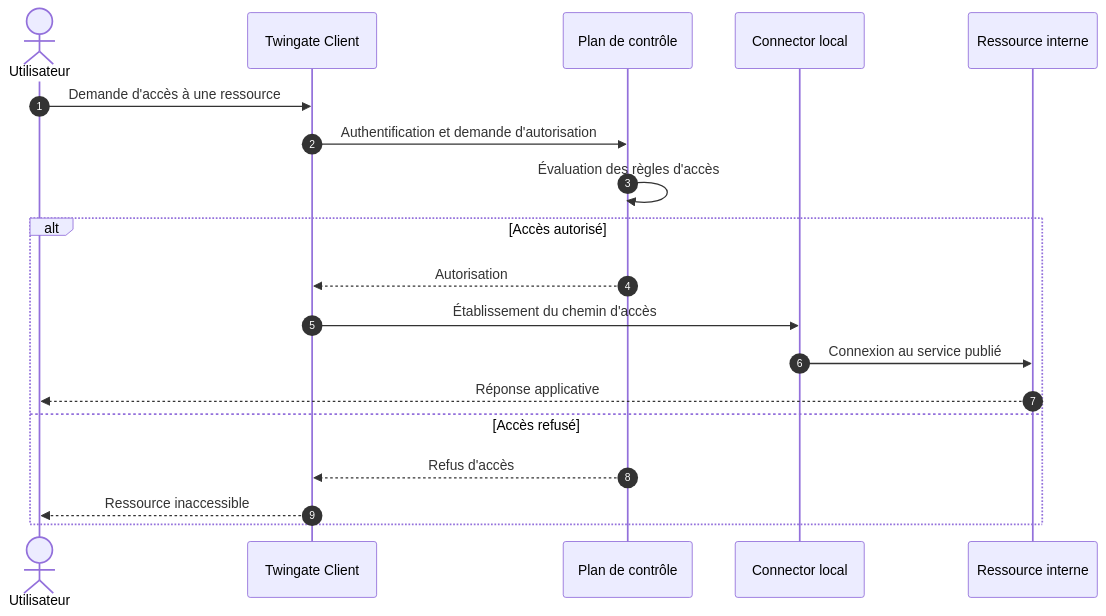
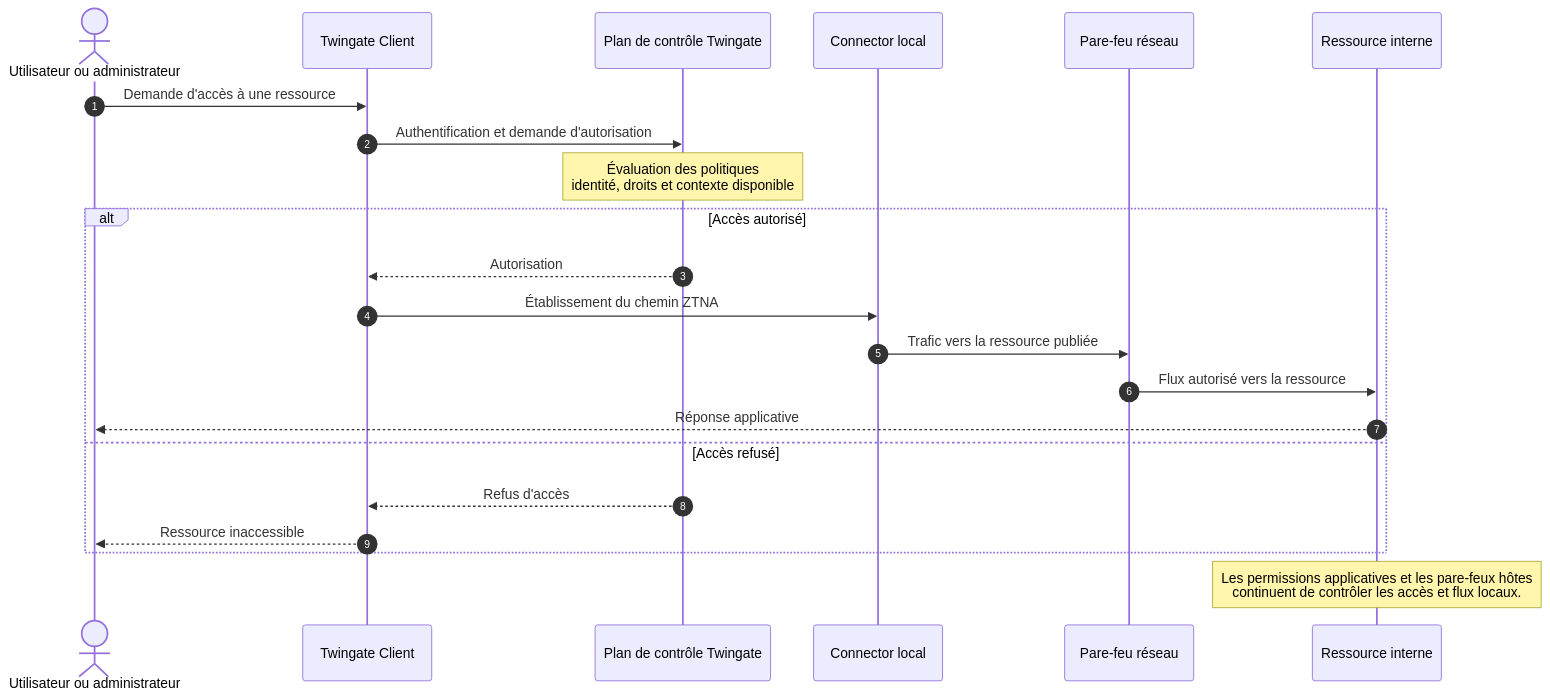
One commit to Chanc-111/Chanc-111 changed the diagram in projects/01-zero-trust-architecture/diagrams/03-ztna-access-flow.mmd. Above: the diagram before and after it, drawn with Mermaid.

Commit message:
Correct ZTNA access flow diagram

```diff
--- a/projects/01-zero-trust-architecture/diagrams/03-ztna-access-flow.mmd
+++ b/projects/01-zero-trust-architecture/diagrams/03-ztna-access-flow.mmd
@@ -1,21 +1,25 @@
 sequenceDiagram
     autonumber
-    actor User as Utilisateur
+    actor User as Utilisateur ou administrateur
     participant Client as Twingate Client
-    participant Control as Plan de contrôle
+    participant Control as Plan de contrôle Twingate
     participant Connector as Connector local
+    participant FW as Pare-feu réseau
     participant Resource as Ressource interne
 
     User->>Client: Demande d'accès à une ressource
     Client->>Control: Authentification et demande d'autorisation
-    Control->>Control: Évaluation des règles d'accès
+    Note over Control: Évaluation des politiques<br/>identité, droits et contexte disponible
 
     alt Accès autorisé
         Control-->>Client: Autorisation
-        Client->>Connector: Établissement du chemin d'accès
-        Connector->>Resource: Connexion au service publié
+        Client->>Connector: Établissement du chemin ZTNA
+        Connector->>FW: Trafic vers la ressource publiée
+        FW->>Resource: Flux autorisé vers la ressource
         Resource-->>User: Réponse applicative
     else Accès refusé
         Control-->>Client: Refus d'accès
         Client-->>User: Ressource inaccessible
     end
+
+    Note over Resource: Les permissions applicatives et les pare-feux hôtes<br/>continuent de contrôler les accès et flux locaux.
```
